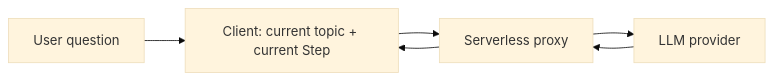
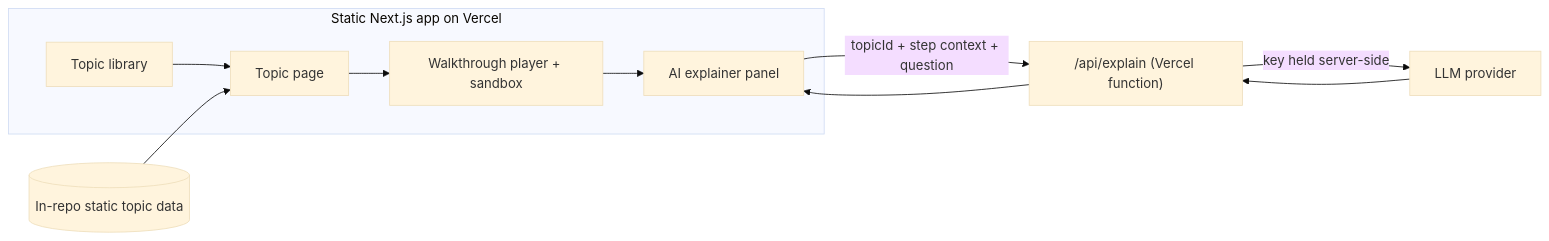
One commit to kelvinxxle/algoviz changed the diagram in docs/tech-stack.md. Above: the diagram before and after it, drawn with Mermaid (base theme). The commit also changed other lines of this file, not shown here.

````diff
--- a/docs/tech-stack.md
+++ b/docs/tech-stack.md
@@ -82,7 +63,12 @@
 ```mermaid
 flowchart LR
-  U[User question] --> C[Client: current topic + current Step]
-  C --> F[Serverless proxy]
-  F --> L[LLM provider]
-  L --> F --> C
+  subgraph Client [Static Next.js app on Vercel]
+    L[Topic library] --> T[Topic page]
+    T --> P[Walkthrough player + sandbox]
+    P --> X[AI explainer panel]
+  end
+  X -->|topicId + step context + question| F["/api/explain (Vercel function)"]
+  F -->|key held server-side| M[LLM provider]
+  M --> F --> X
+  D[(In-repo static topic data)] --> T
 ```
````
